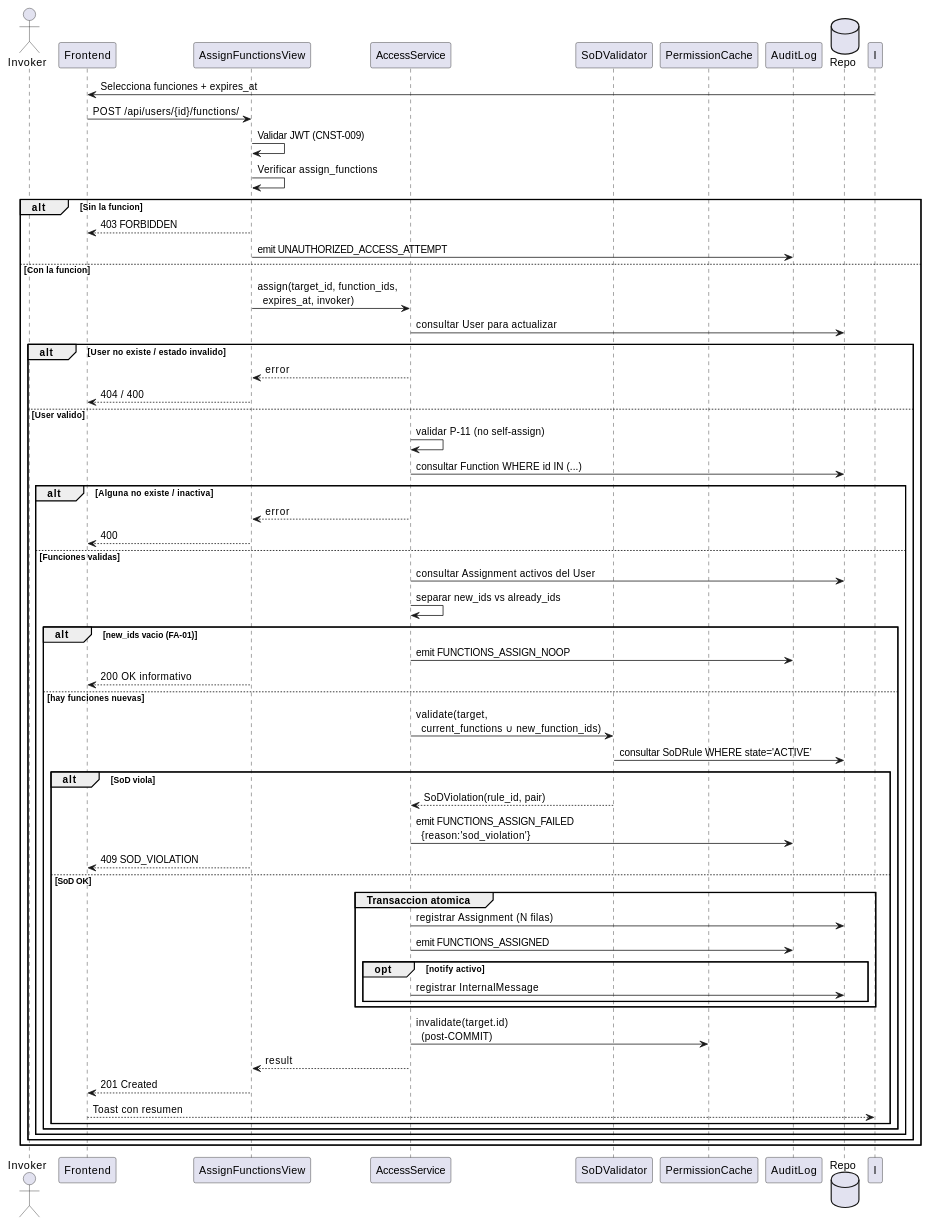
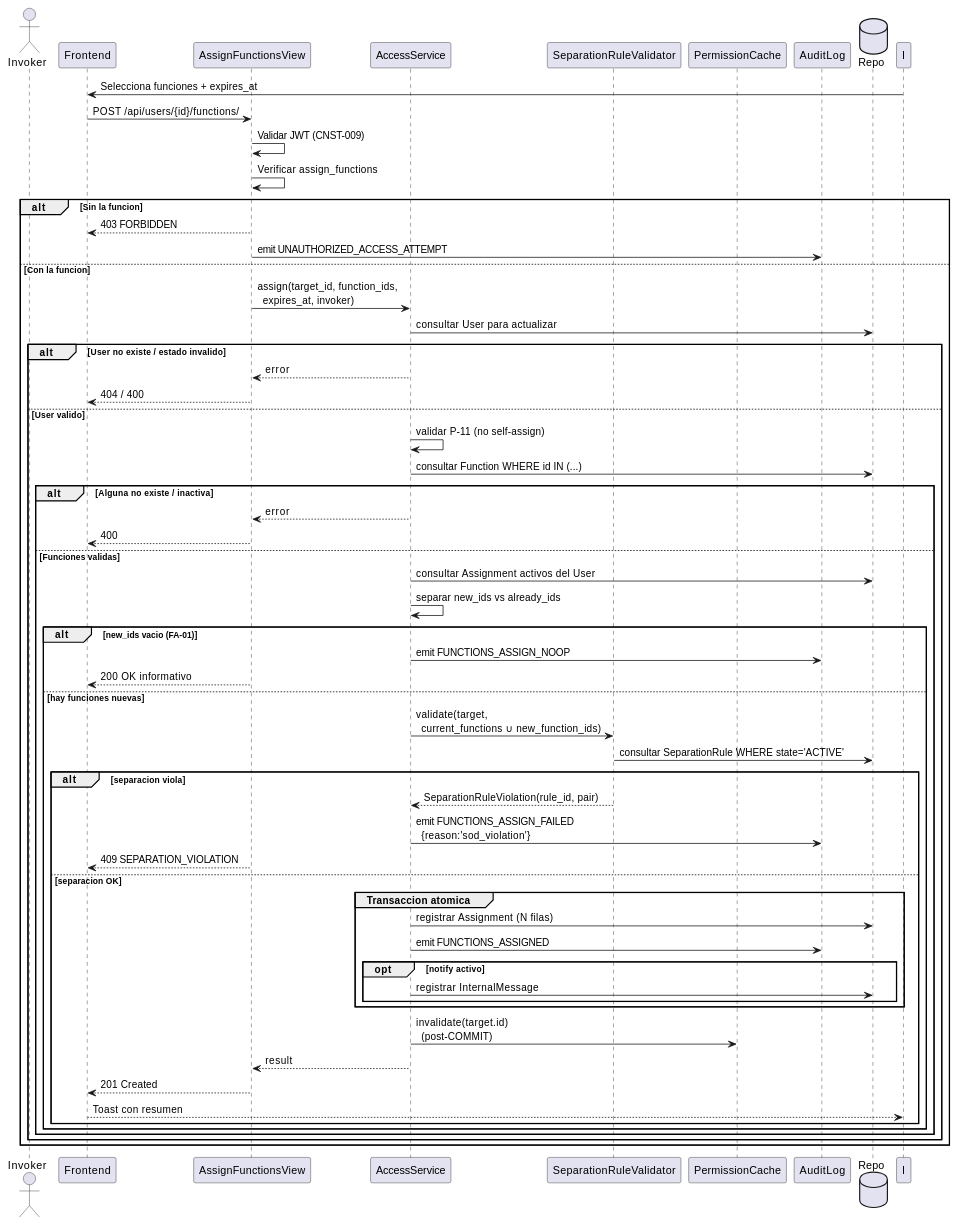
One commit to jcg-admin/IACT-docs changed the diagram in source/requisitos/casos-uso/access/uc-acc-01/diagramas-uml/diagrama-de-secuencia.rst. Above: the diagram before and after it, drawn with PlantUML. The commit also changed 148 other files, not shown here.

```diff
--- a/source/requisitos/casos-uso/access/uc-acc-01/diagramas-uml/diagrama-de-secuencia.rst
+++ b/source/requisitos/casos-uso/access/uc-acc-01/diagramas-uml/diagrama-de-secuencia.rst
@@ -4,68 +4,68 @@
 .. uml::
  :caption: UC_ACC_01 — flujo principal
 
  @startuml
 
  actor Invoker as Invoker
  participant "Frontend" as Frontend
  participant "AssignFunctionsView" as Assignfunctionsview
  participant "AccessService" as Accessservice
- participant "SoDValidator" as Sodvalidator
+ participant "SeparationRuleValidator" as Sodvalidator
  participant "PermissionCache" as Permissioncache
  participant "AuditLog" as Auditlog
  database "Repo" as Repo
 
  I -> Frontend: Selecciona funciones + expires_at
  Frontend -> Assignfunctionsview: POST /api/users/{id}/functions/
 
  Assignfunctionsview -> Assignfunctionsview: Validar JWT (CNST-009)
  Assignfunctionsview -> Assignfunctionsview: Verificar assign_functions
  alt Sin la funcion
    Assignfunctionsview --> Frontend: 403 FORBIDDEN
    Assignfunctionsview -> Auditlog: emit UNAUTHORIZED_ACCESS_ATTEMPT
  else Con la funcion
    Assignfunctionsview -> Accessservice: assign(target_id, function_ids,\n  expires_at, invoker)
 
    Accessservice -> Repo: consultar User para actualizar
    alt User no existe / estado invalido
      Accessservice --> Assignfunctionsview: error
      Assignfunctionsview --> Frontend: 404 / 400
    else User valido
      Accessservice -> Accessservice: validar P-11 (no self-assign)
 
      Accessservice -> Repo: consultar Function WHERE id IN (...)
      alt Alguna no existe / inactiva
        Accessservice --> Assignfunctionsview: error
        Assignfunctionsview --> Frontend: 400
      else Funciones validas
        Accessservice -> Repo: consultar Assignment activos del User
        Accessservice -> Accessservice: separar new_ids vs already_ids
        alt new_ids vacio (FA-01)
          Accessservice -> Auditlog: emit FUNCTIONS_ASSIGN_NOOP
          Assignfunctionsview --> Frontend: 200 OK informativo
        else hay funciones nuevas
          Accessservice -> Sodvalidator: validate(target,\n  current_functions ∪ new_function_ids)
-         Sodvalidator -> Repo: consultar SoDRule WHERE state='ACTIVE'
-         alt SoD viola
-           Sodvalidator --> Accessservice: SoDViolation(rule_id, pair)
+         Sodvalidator -> Repo: consultar SeparationRule WHERE state='ACTIVE'
+         alt separacion viola
+           Sodvalidator --> Accessservice: SeparationRuleViolation(rule_id, pair)
            Accessservice -> Auditlog: emit FUNCTIONS_ASSIGN_FAILED\n  {reason:'sod_violation'}
-           Assignfunctionsview --> Frontend: 409 SOD_VIOLATION
-         else SoD OK
+           Assignfunctionsview --> Frontend: 409 SEPARATION_VIOLATION
+         else separacion OK
            group Transaccion atomica
              Accessservice -> Repo: registrar Assignment (N filas)
              Accessservice -> Auditlog: emit FUNCTIONS_ASSIGNED
              opt notify activo
                Accessservice -> Repo: registrar InternalMessage
              end
            end
            Accessservice -> Permissioncache: invalidate(target.id)\n  (post-COMMIT)
            Accessservice --> Assignfunctionsview: result
            Assignfunctionsview --> Frontend: 201 Created
            Frontend --> I: Toast con resumen
          end
        end
      end
    end
  end
 
  @enduml
```
